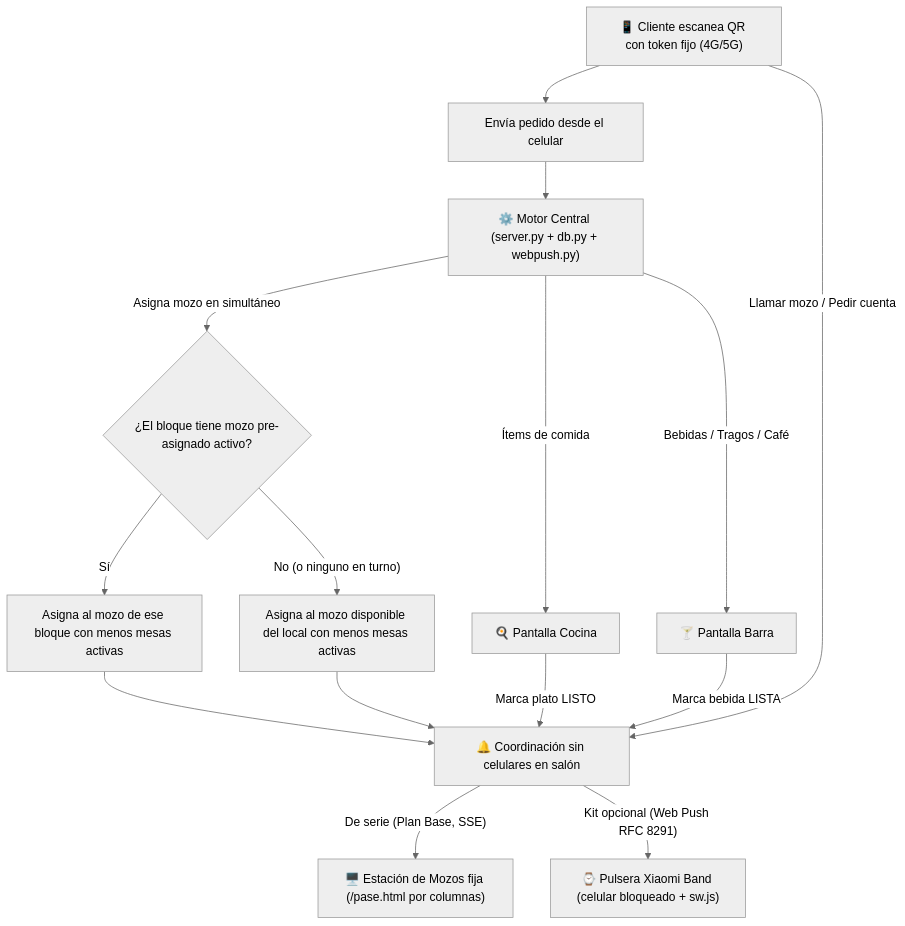
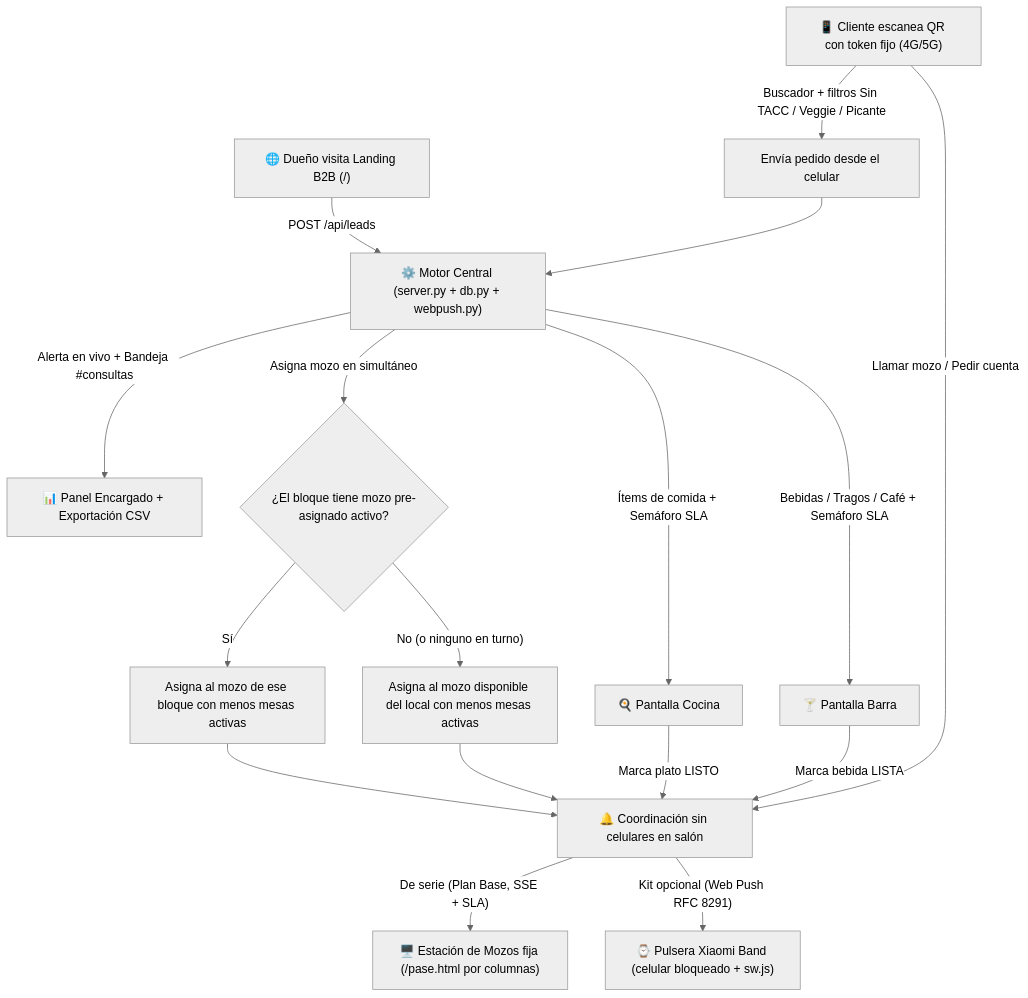
One commit to colo03/menues changed the diagram in docs/arquitectura_salelisto.md. Above: the diagram before and after it, drawn with Mermaid (neutral theme). The commit also changed other lines of this file and 88 other files, not shown here.

Commit message:
feat: landing comercial B2B, videos web loop, mejoras UX/SLA/leads/CSV y pack marketing Reels + redes

````diff
--- a/docs/arquitectura_salelisto.md
+++ b/docs/arquitectura_salelisto.md
@@ -20,22 +23,24 @@
 ```mermaid
 flowchart TD
-    QR["📱 Cliente escanea QR con token fijo (4G/5G)"] --> Pedido["Envía pedido desde el celular"]
-    Pedido --> Motor["⚙️ Motor Central (server.py + db.py + webpush.py)"]
+    Landing["🌐 Dueño visita Landing B2B (/)"] -->|"POST /api/leads"| Motor["⚙️ Motor Central (server.py + db.py + webpush.py)"]
+    QR["📱 Cliente escanea QR con token fijo (4G/5G)"] -->|"Buscador + filtros Sin TACC / Veggie / Picante"| Pedido["Envía pedido desde el celular"]
+    Pedido --> Motor
 
-    Motor -->|"Ítems de comida"| Cocina["🍳 Pantalla Cocina"]
-    Motor -->|"Bebidas / Tragos / Café"| Barra["🍸 Pantalla Barra"]
+    Motor -->|"Ítems de comida + Semáforo SLA"| Cocina["🍳 Pantalla Cocina"]
+    Motor -->|"Bebidas / Tragos / Café + Semáforo SLA"| Barra["🍸 Pantalla Barra"]
+    Motor -->|"Alerta en vivo + Bandeja #consultas"| Admin["📊 Panel Encargado + Exportación CSV"]
     Motor -->|"Asigna mozo en simultáneo"| Regla{"¿El bloque tiene mozo pre-asignado activo?"}
 
     Regla -->|"Sí"| MSec["Asigna al mozo de ese bloque con menos mesas activas"]
     Regla -->|"No (o ninguno en turno)"| MAuto["Asigna al mozo disponible del local con menos mesas activas"]
 
     MSec --> Coord["🔔 Coordinación sin celulares en salón"]
     MAuto --> Coord
 
     Cocina -->|"Marca plato LISTO"| Coord
     Barra -->|"Marca bebida LISTA"| Coord
     QR -->|"Llamar mozo / Pedir cuenta"| Coord
 
-    Coord -->|"De serie (Plan Base, SSE)"| Pase["🖥️ Estación de Mozos fija (/pase.html por columnas)"]
+    Coord -->|"De serie (Plan Base, SSE + SLA)"| Pase["🖥️ Estación de Mozos fija (/pase.html por columnas)"]
     Coord -->|"Kit opcional (Web Push RFC 8291)"| Pulsera["⌚ Pulsera Xiaomi Band (celular bloqueado + sw.js)"]
 ```
````
